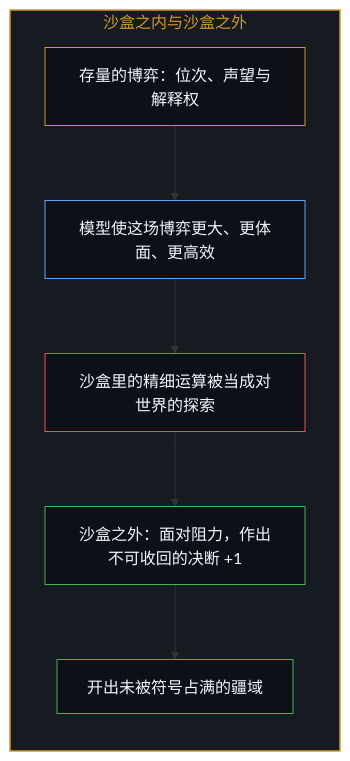
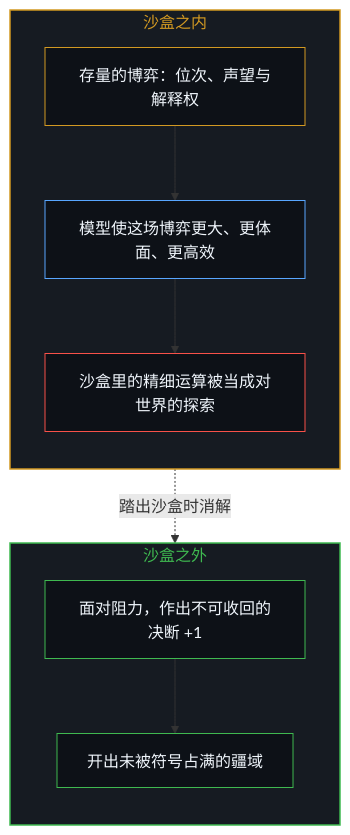
The seventh of 10 diagrams in content/posts/the-sovereign-blinding.md (powerpig99/not-a-toe), drawn with Mermaid before and after one commit. The commit also changed other lines of this file and 5 other files, not shown here.

````diff
--- a/content/posts/the-sovereign-blinding.md
+++ b/content/posts/the-sovereign-blinding.md
@@ -195,21 +195,25 @@
 ```mermaid
 flowchart TD
-    subgraph S_Sandbox["沙盒之内与沙盒之外"]
+    subgraph S_Inside["沙盒之内"]
         direction TB
         Game["存量的博弈：位次、声望与解释权"]
         Engine["模型使这场博弈更大、更体面、更高效"]
         Mistake["沙盒里的精细运算被当成对世界的探索"]
-        Step["沙盒之外：面对阻力，作出不可收回的决断 +1"]
-        New["开出未被符号占满的疆域"]
         Game --> Engine
         Engine --> Mistake
-        Mistake --> Step
+    end
+    subgraph S_Outside["沙盒之外"]
+        direction TB
+        Step["面对阻力，作出不可收回的决断 +1"]
+        New["开出未被符号占满的疆域"]
         Step --> New
     end
-    style S_Sandbox fill:#161b22,stroke:#d29922,stroke-width:1.5px,color:#d29922
+    Mistake -.->|"踏出沙盒时消解"| Step
+    style S_Inside fill:#161b22,stroke:#d29922,stroke-width:1.5px,color:#d29922
+    style S_Outside fill:#161b22,stroke:#3fb950,stroke-width:1.5px,color:#3fb950
     style Game fill:#0d1117,stroke:#d29922,stroke-width:1px,color:#f0f6fc
     style Engine fill:#0d1117,stroke:#58a6ff,stroke-width:1px,color:#f0f6fc
     style Mistake fill:#0d1117,stroke:#f85149,stroke-width:1px,color:#f0f6fc
     style Step fill:#0d1117,stroke:#3fb950,stroke-width:1px,color:#f0f6fc
     style New fill:#0d1117,stroke:#3fb950,stroke-width:1px,color:#f0f6fc
 ```
````
